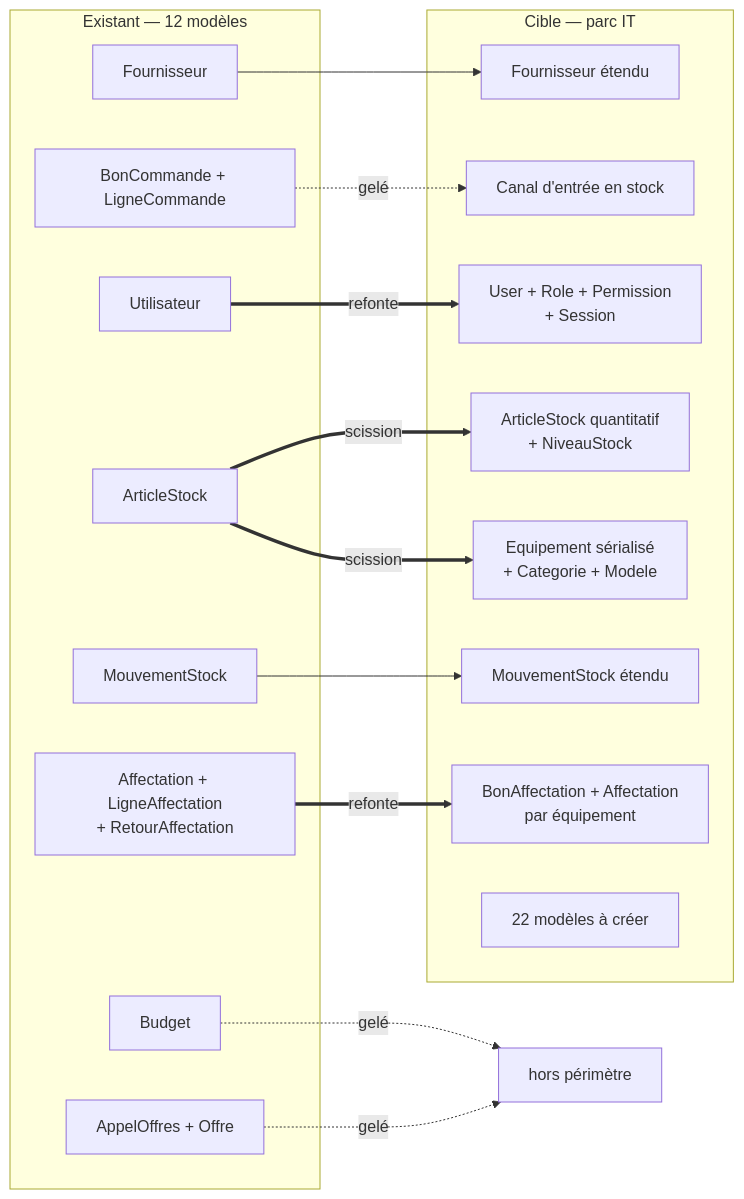
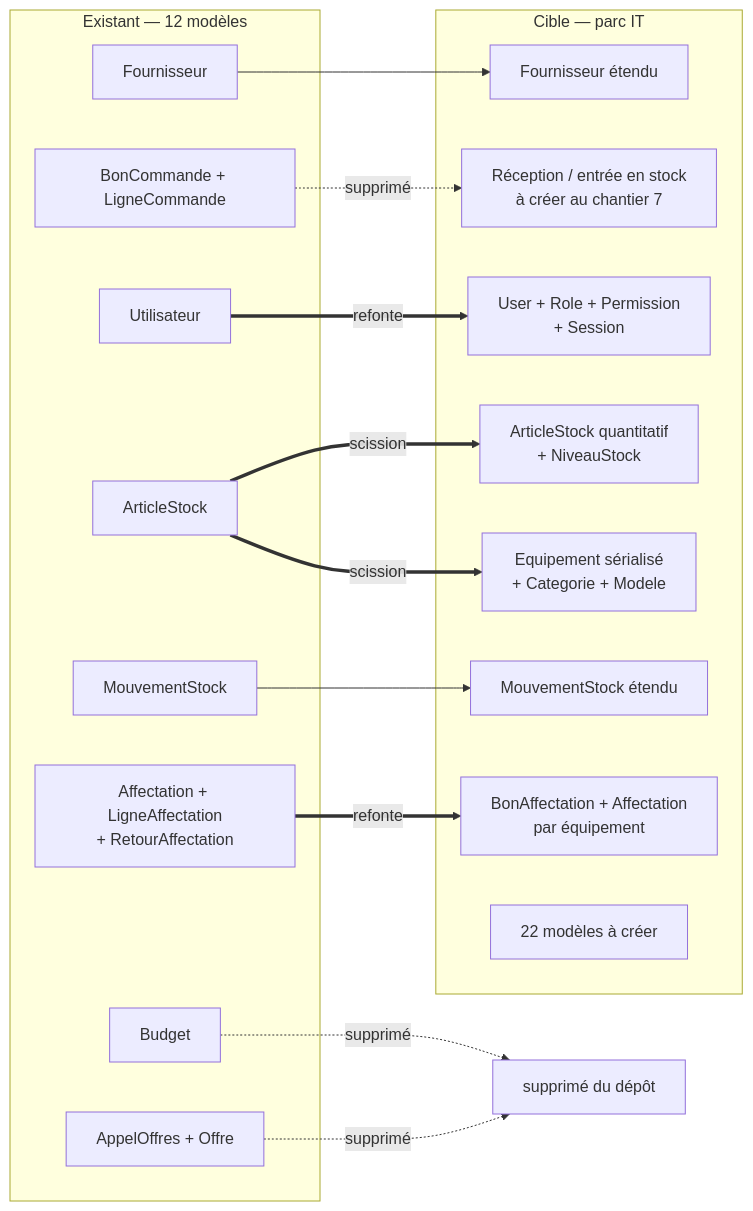
One commit to radouanezakaria61/STOCK-MANAGEMENT changed the first of 2 diagrams in docs/02-plan-convergence.md. Above: the diagram before and after it, drawn with Mermaid. The commit also changed other lines of this file and 30 other files, not shown here.

````diff
--- a/docs/02-plan-convergence.md
+++ b/docs/02-plan-convergence.md
@@ -67,34 +67,34 @@
 ```mermaid
 flowchart LR
     subgraph EX["Existant — 12 modèles"]
         E1[Fournisseur]
         E2[BonCommande + LigneCommande]
         E3[Budget]
         E4[AppelOffres + Offre]
         E5[Utilisateur]
         E6[ArticleStock]
         E7[MouvementStock]
         E8[Affectation + LigneAffectation<br/>+ RetourAffectation]
     end
 
     subgraph CI["Cible — parc IT"]
         C1[Fournisseur étendu]
-        C2[Canal d'entrée en stock]
+        C2["Réception / entrée en stock<br/>à créer au chantier 7"]
         C3[User + Role + Permission<br/>+ Session]
         C4[ArticleStock quantitatif<br/>+ NiveauStock]
         C5[Equipement sérialisé<br/>+ Categorie + Modele]
         C6[MouvementStock étendu]
         C7[BonAffectation + Affectation<br/>par équipement]
         C8[22 modèles à créer]
     end
 
     E1 --> C1
-    E2 -.gelé.-> C2
-    E3 -.gelé.-> X[hors périmètre]
-    E4 -.gelé.-> X
+    E2 -.supprimé.-> C2
+    E3 -.supprimé.-> X[supprimé du dépôt]
+    E4 -.supprimé.-> X
     E5 ==>|refonte| C3
     E6 ==>|scission| C4
     E6 ==>|scission| C5
     E7 --> C6
     E8 ==>|refonte| C7
 ```
````
